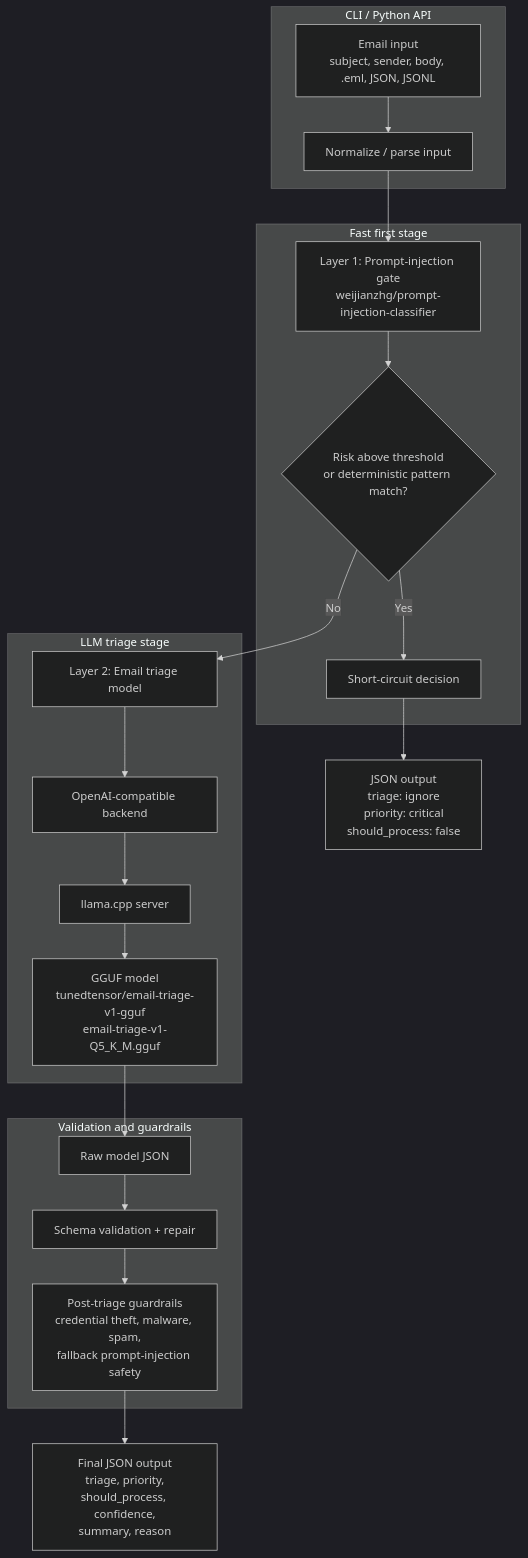
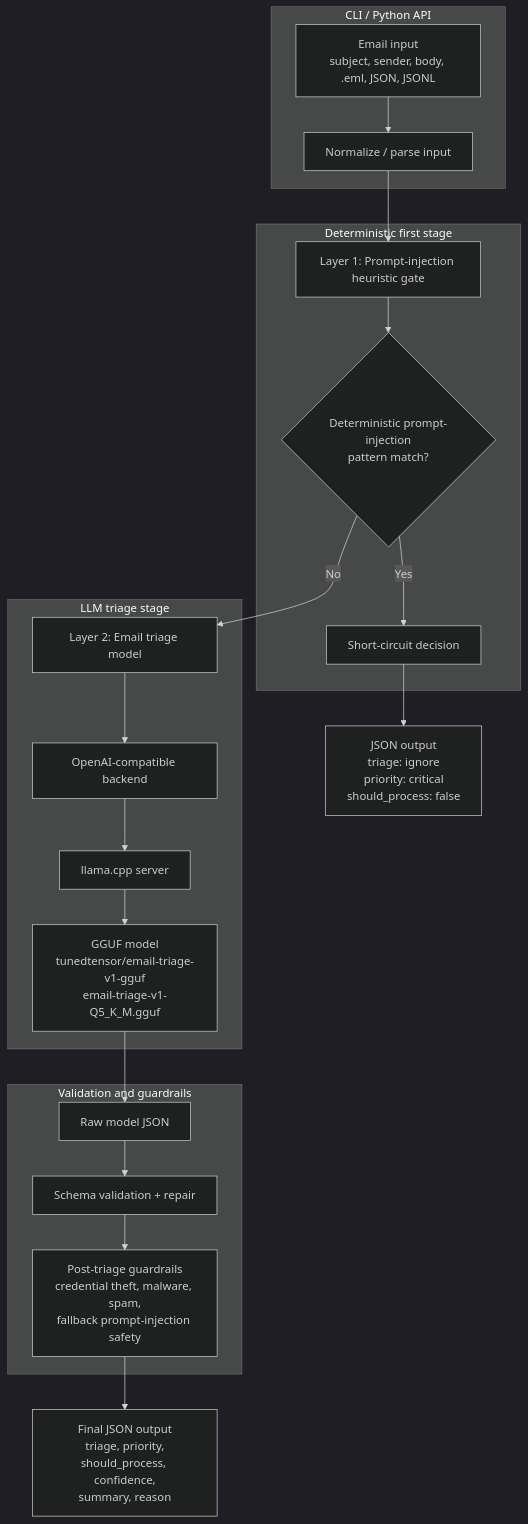
One commit to tunedtensor/email-triage changed the diagram in README.md. Above: the diagram before and after it, drawn with Mermaid (dark theme). The commit also changed other lines of this file and 11 other files, not shown here.

Commit message:
Simplify prompt injection gate

````diff
--- a/README.md
+++ b/README.md
@@ -18,44 +17,44 @@
 ```mermaid
 flowchart TD
     A["Email input<br/>subject, sender, body, .eml, JSON, JSONL"] --> B["Normalize / parse input"]
 
-    B --> C["Layer 1: Prompt-injection gate<br/>weijianzhg/prompt-injection-classifier"]
-    C --> D{"Risk above threshold<br/>or deterministic pattern match?"}
+    B --> C["Layer 1: Prompt-injection heuristic gate"]
+    C --> D{"Deterministic prompt-injection<br/>pattern match?"}
 
     D -- "Yes" --> E["Short-circuit decision"]
     E --> F["JSON output<br/>triage: ignore<br/>priority: critical<br/>should_process: false"]
 
     D -- "No" --> G["Layer 2: Email triage model"]
     G --> H["OpenAI-compatible backend"]
     H --> I["llama.cpp server"]
     I --> J["GGUF model<br/>tunedtensor/email-triage-v1-gguf<br/>email-triage-v1-Q5_K_M.gguf"]
 
     J --> K["Raw model JSON"]
     K --> L["Schema validation + repair"]
     L --> M["Post-triage guardrails<br/>credential theft, malware, spam,<br/>fallback prompt-injection safety"]
     M --> N["Final JSON output<br/>triage, priority,<br/>should_process, confidence,<br/>summary, reason"]
 
     subgraph CLI["CLI / Python API"]
         A
         B
     end
 
-    subgraph Gate["Fast first stage"]
+    subgraph Gate["Deterministic first stage"]
         C
         D
         E
     end
 
     subgraph Triage["LLM triage stage"]
         G
         H
         I
         J
     end
 
     subgraph Safety["Validation and guardrails"]
         K
         L
         M
     end
 ```
````
